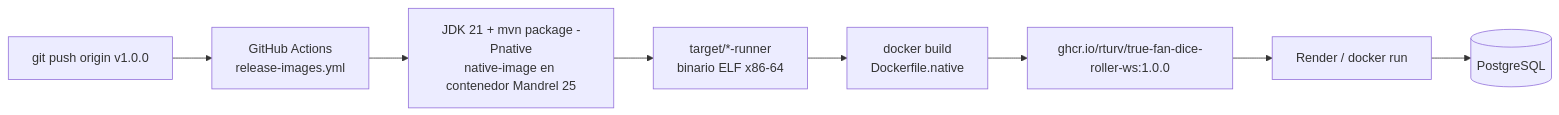
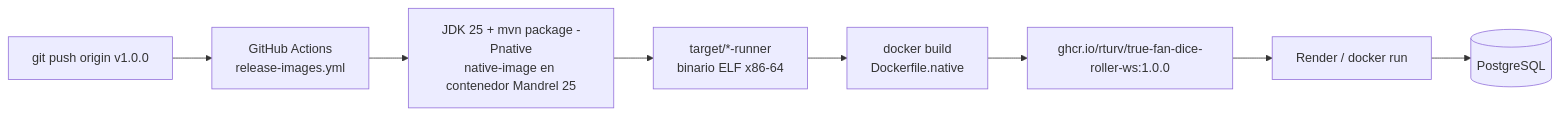
The diagram in docs/backend-native-image.md (rturv/true-fan-dice-roller), drawn with Mermaid before and after one commit. The commit also changed other lines of this file and 4 other files, not shown here.

````diff
--- a/docs/backend-native-image.md
+++ b/docs/backend-native-image.md
@@ -65,10 +65,10 @@
 ```mermaid
 flowchart LR
     Tag["git push origin v1.0.0"] --> CI["GitHub Actions<br/>release-images.yml"]
-    CI --> Mvn["JDK 21 + mvn package -Pnative<br/>native-image en contenedor Mandrel 25"]
+    CI --> Mvn["JDK 25 + mvn package -Pnative<br/>native-image en contenedor Mandrel 25"]
     Mvn --> Bin["target/*-runner<br/>binario ELF x86-64"]
     Bin --> Img["docker build<br/>Dockerfile.native"]
     Img --> GHCR["ghcr.io/rturv/true-fan-dice-roller-ws:1.0.0"]
     GHCR --> Run["Render / docker run"]
     Run --> PG[("PostgreSQL")]
 ```
````
